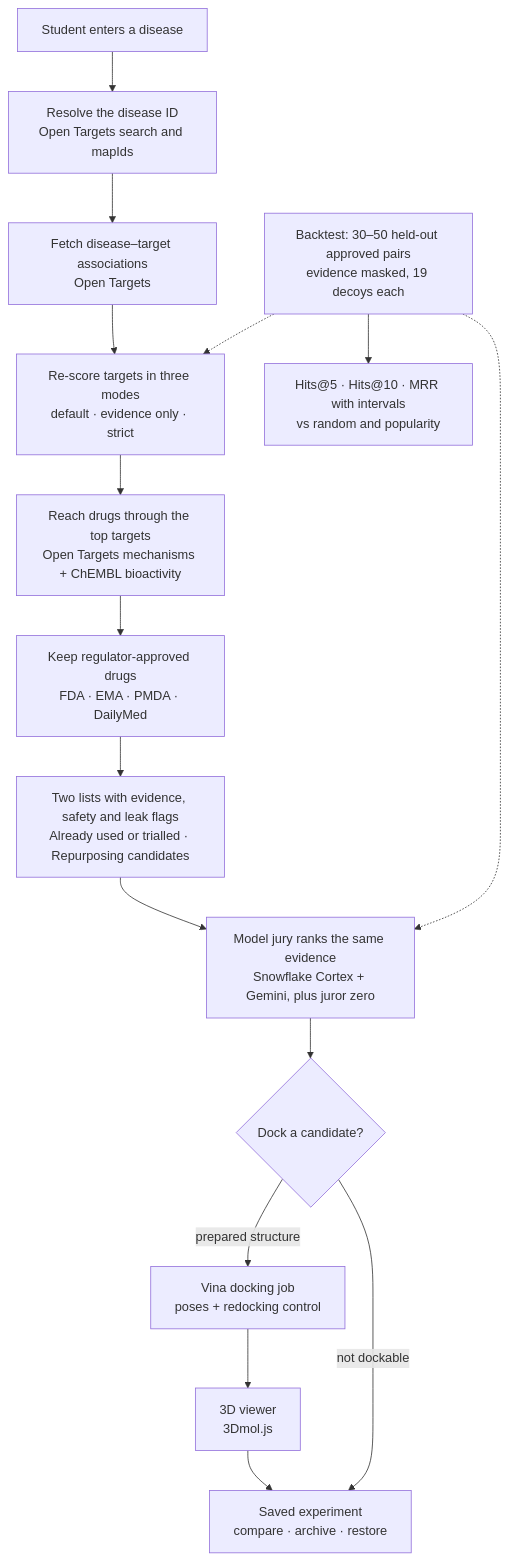
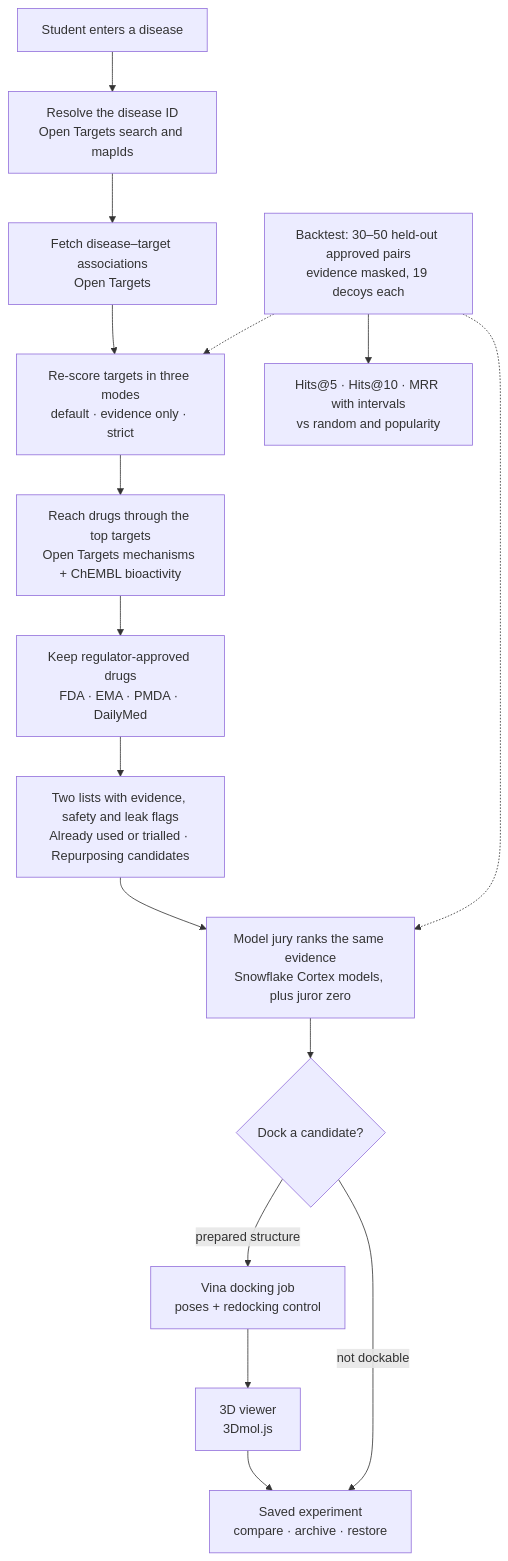
Before and after one commit to Abudidayo/ai-drug-discovery: the first of 2 diagrams in plan.md, drawn with Mermaid. The commit also changed other lines of this file and 1 other file, not shown here.

Commit message:
Drop Gemini from the plan

````diff
--- a/plan.md
+++ b/plan.md
@@ -30,18 +29,18 @@
 ```mermaid
 flowchart TD
   S["Student enters a disease"] --> R["Resolve the disease ID<br/>Open Targets search and mapIds"]
   R --> T["Fetch disease–target associations<br/>Open Targets"]
   T --> M["Re-score targets in three modes<br/>default · evidence only · strict"]
   M --> D["Reach drugs through the top targets<br/>Open Targets mechanisms + ChEMBL bioactivity"]
   D --> F["Keep regulator-approved drugs<br/>FDA · EMA · PMDA · DailyMed"]
   F --> L["Two lists with evidence, safety and leak flags<br/>Already used or trialled · Repurposing candidates"]
-  L --> J["Model jury ranks the same evidence<br/>Snowflake Cortex + Gemini, plus juror zero"]
+  L --> J["Model jury ranks the same evidence<br/>Snowflake Cortex models, plus juror zero"]
   J --> K{"Dock a candidate?"}
   K -->|"prepared structure"| V["Vina docking job<br/>poses + redocking control"]
   V --> X["3D viewer<br/>3Dmol.js"]
   X --> H["Saved experiment<br/>compare · archive · restore"]
   K -->|"not dockable"| H
   B["Backtest: 30–50 held-out approved pairs<br/>evidence masked, 19 decoys each"] -.-> M
   B -.-> J
   B --> O["Hits@5 · Hits@10 · MRR with intervals<br/>vs random and popularity"]
 ```
````
